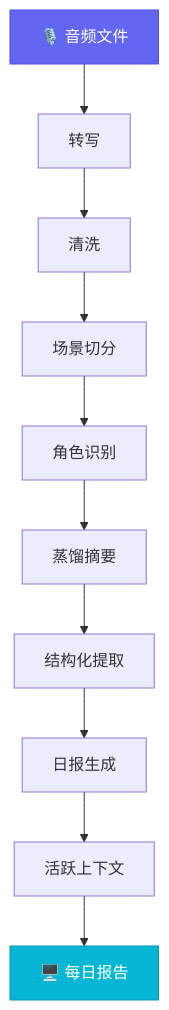
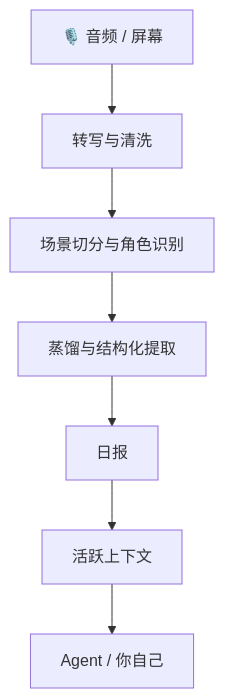
One commit to openmy-ai/openmy changed the diagram in README.md. Above: the diagram before and after it, drawn with Mermaid. The commit also changed other lines of this file and 1 other file, not shown here.

````diff
--- a/README.md
+++ b/README.md
@@ -80,15 +116,9 @@
 ```mermaid
 graph TD
-    A["🎙️ 音频文件"] --> B["转写"]
-    B --> C["清洗"]
-    C --> D["场景切分"]
-    D --> E["角色识别"]
-    E --> F["蒸馏摘要"]
-    F --> G["结构化提取"]
-    G --> H["日报生成"]
-    H --> I["活跃上下文"]
-    I --> J["🖥️ 每日报告"]
-
-    style A fill:#6366f1,stroke:#4f46e5,color:#fff
-    style J fill:#06b6d4,stroke:#0891b2,color:#fff
+    A["🎙️ 音频 / 屏幕"] --> B["转写与清洗"]
+    B --> C["场景切分与角色识别"]
+    C --> D["蒸馏与结构化提取"]
+    D --> E["日报"]
+    E --> F["活跃上下文"]
+    F --> G["Agent / 你自己"]
 ```
````
